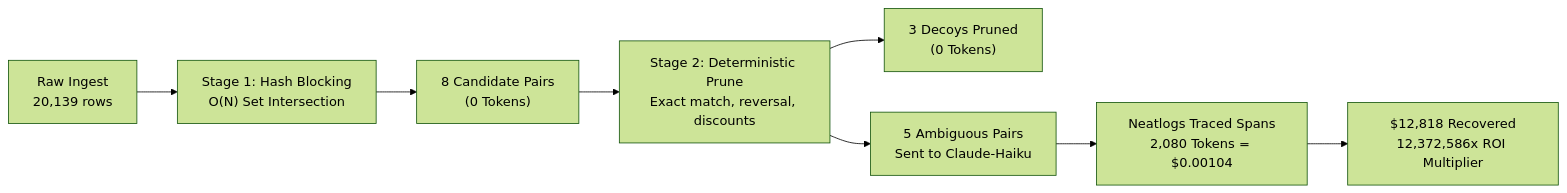
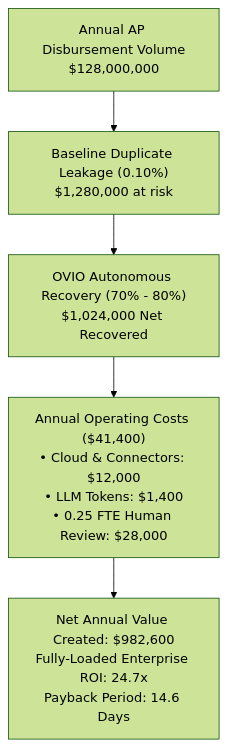
Before and after one commit to toufiqfarhan0/neat-hack: the first of 2 diagrams in CFO_BUSINESS_PLAN.md, drawn with Mermaid (forest theme). The commit also changed other lines of this file and 8 other files, not shown here.

````diff
--- a/CFO_BUSINESS_PLAN.md
+++ b/CFO_BUSINESS_PLAN.md
@@ -44,10 +49,7 @@
 ```mermaid
-flowchart LR
-    A["Raw Ingest\n20,139 rows"] --> B["Stage 1: Hash Blocking\nO(N) Set Intersection"]
-    B --> C["8 Candidate Pairs\n(0 Tokens)"]
-    C --> D["Stage 2: Deterministic Prune\nExact match, reversal, discounts"]
-    D --> E["3 Decoys Pruned\n(0 Tokens)"]
-    D --> F["5 Ambiguous Pairs\nSent to Claude-Haiku"]
-    F --> G["Neatlogs Traced Spans\n2,080 Tokens = $0.00104"]
-    G --> H["$12,818 Recovered\n12,372,586x ROI Multiplier"]
+flowchart TD
+    A["Annual AP Disbursement Volume\n$128,000,000"] --> B["Baseline Duplicate Leakage (0.10%)\n$1,280,000 at risk"]
+    B --> C["OVIO Autonomous Recovery (70% - 80%)\n$1,024,000 Net Recovered"]
+    C --> D["Annual Operating Costs ($41,400)\n• Cloud & Connectors: $12,000\n• LLM Tokens: $1,400\n• 0.25 FTE Human Review: $28,000"]
+    D --> E["Net Annual Value Created: $982,600\nFully-Loaded Enterprise ROI: 24.7x\nPayback Period: 14.6 Days"]
 ```
````
